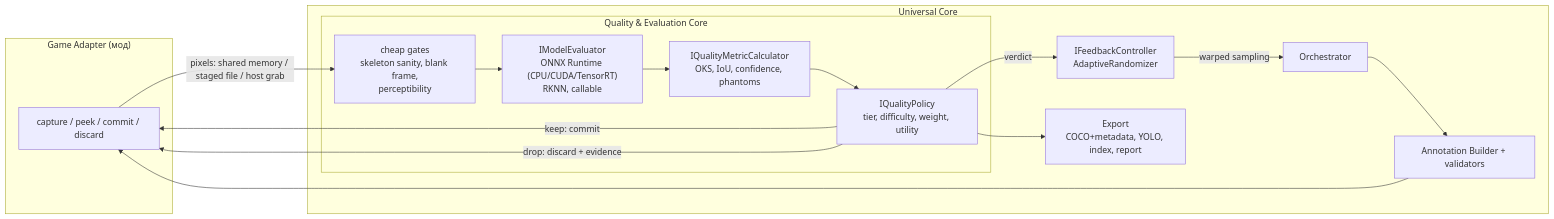
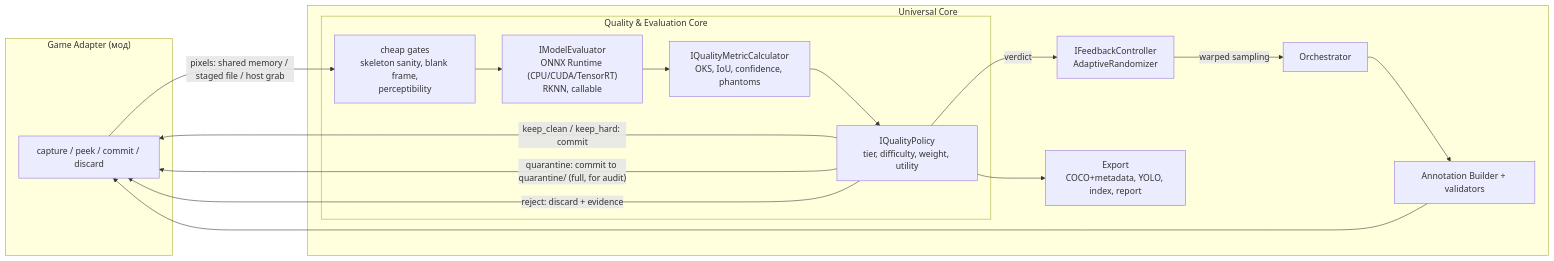
Before and after one commit to yarross/DataOpen: the first of 2 diagrams in docs/QUALITY.md, drawn with Mermaid. The commit also changed other lines of this file and 22 other files, not shown here.

````diff
--- a/docs/QUALITY.md
+++ b/docs/QUALITY.md
@@ -38,24 +38,25 @@
 ```mermaid
 flowchart LR
   subgraph Adapter["Game Adapter (мод)"]
     CAP["capture / peek / commit / discard"]
   end
   subgraph Core["Universal Core"]
     ORCH[Orchestrator]
     AB["Annotation Builder + validators"]
     subgraph Q["Quality & Evaluation Core"]
       GATES["cheap gates<br/>skeleton sanity, blank frame,<br/>perceptibility"]
       EVAL["IModelEvaluator<br/>ONNX Runtime (CPU/CUDA/TensorRT)<br/>RKNN, callable"]
       MET["IQualityMetricCalculator<br/>OKS, IoU, confidence, phantoms"]
       POL["IQualityPolicy<br/>tier, difficulty, weight, utility"]
     end
     FB["IFeedbackController<br/>AdaptiveRandomizer"]
     EXP["Export<br/>COCO+metadata, YOLO, index, report"]
   end
   ORCH --> AB --> CAP
   CAP -- "pixels: shared memory / staged file / host grab" --> GATES --> EVAL --> MET --> POL
-  POL -- "keep: commit" --> CAP
-  POL -- "drop: discard + evidence" --> CAP
+  POL -- "keep_clean / keep_hard: commit" --> CAP
+  POL -- "quarantine: commit to quarantine/ (full, for audit)" --> CAP
+  POL -- "reject: discard + evidence" --> CAP
   POL -- "verdict" --> FB -- "warped sampling" --> ORCH
   POL --> EXP
 ```
````
